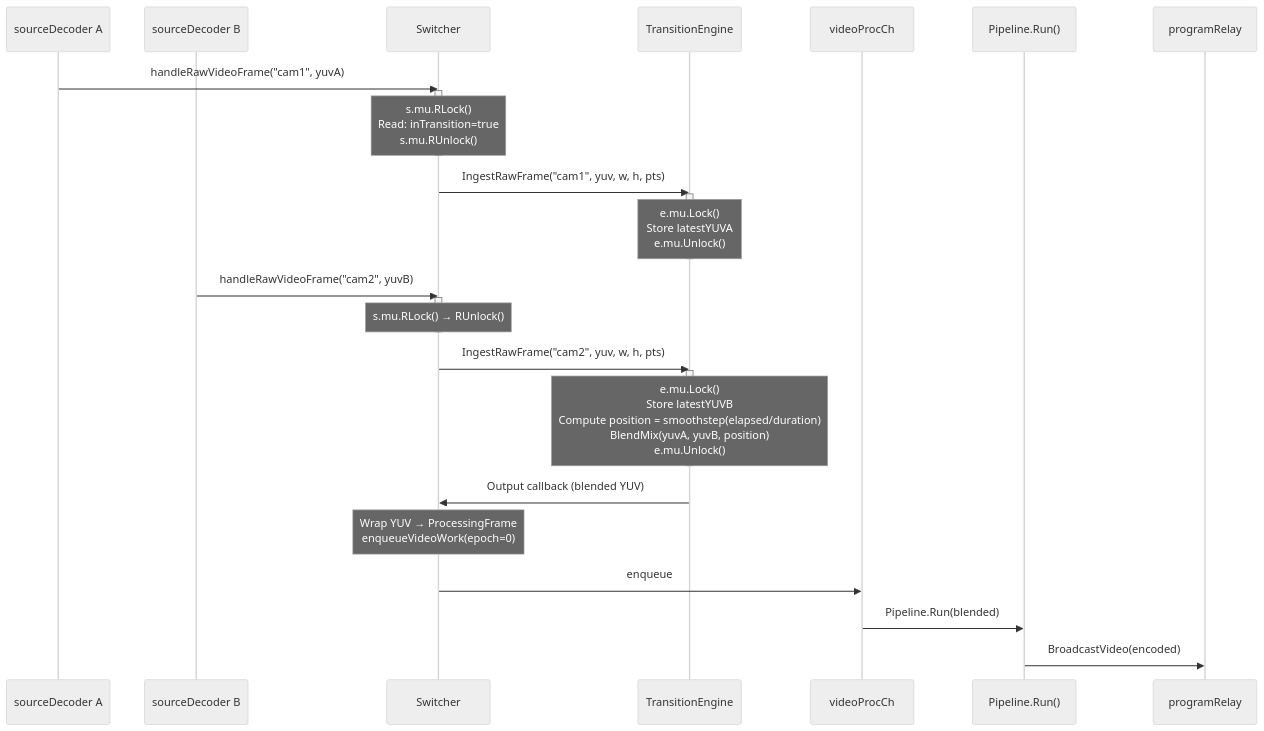
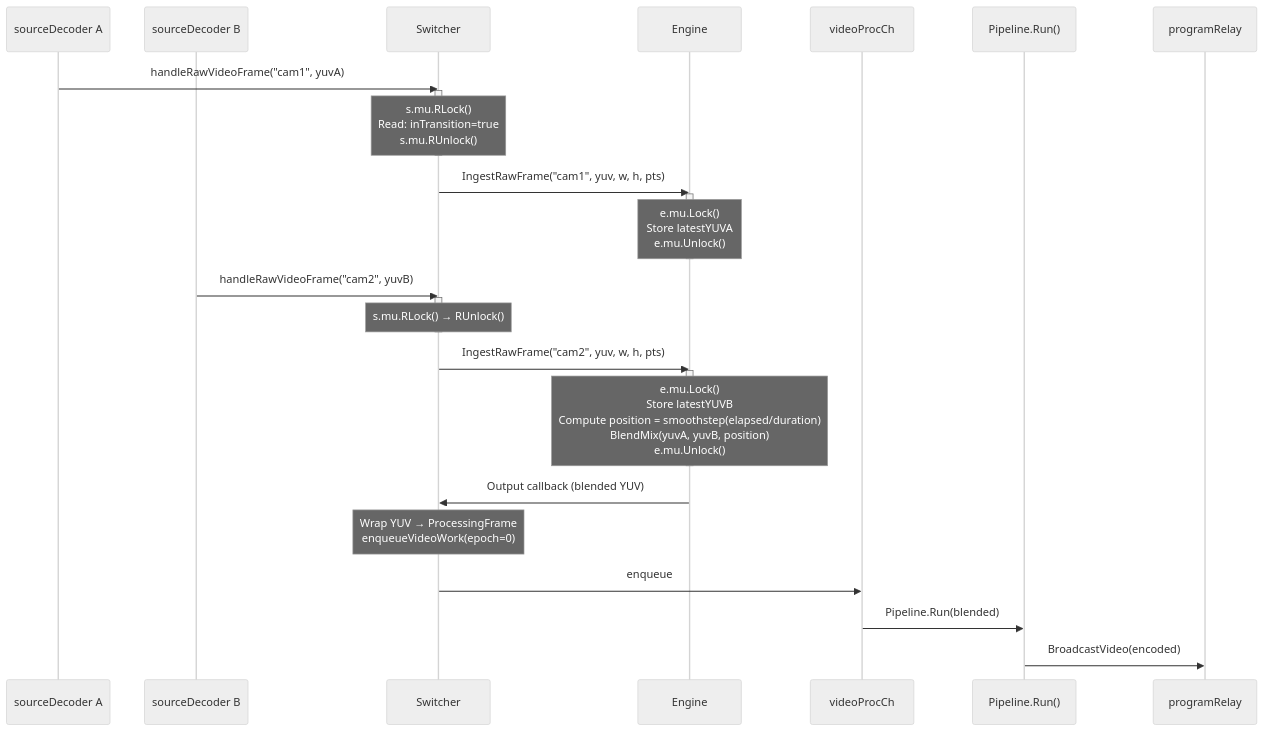
Before and after one commit to zsiec/switchframe: the fourth of 7 diagrams in docs/locking-and-concurrency.md, drawn with Mermaid (neutral theme). The commit also changed other lines of this file and 92 other files, not shown here.

````diff
--- a/docs/locking-and-concurrency.md
+++ b/docs/locking-and-concurrency.md
@@ -231,37 +231,37 @@
 ```mermaid
 sequenceDiagram
     participant SDA as sourceDecoder A
     participant SDB as sourceDecoder B
     participant SW as Switcher
-    participant TE as TransitionEngine
+    participant TE as Engine
     participant CH as videoProcCh
     participant PIPE as Pipeline.Run()
     participant PR as programRelay
 
     SDA->>SW: handleRawVideoFrame("cam1", yuvA)
     activate SW
     Note over SW: s.mu.RLock()<br/>Read: inTransition=true<br/>s.mu.RUnlock()
     deactivate SW
 
     SW->>TE: IngestRawFrame("cam1", yuv, w, h, pts)
     activate TE
     Note over TE: e.mu.Lock()<br/>Store latestYUVA<br/>e.mu.Unlock()
     deactivate TE
 
     SDB->>SW: handleRawVideoFrame("cam2", yuvB)
     activate SW
     Note over SW: s.mu.RLock() → RUnlock()
     deactivate SW
 
     SW->>TE: IngestRawFrame("cam2", yuv, w, h, pts)
     activate TE
     Note over TE: e.mu.Lock()<br/>Store latestYUVB<br/>Compute position = smoothstep(elapsed/duration)<br/>BlendMix(yuvA, yuvB, position)<br/>e.mu.Unlock()
     deactivate TE
 
     TE->>SW: Output callback (blended YUV)
     Note over SW: Wrap YUV → ProcessingFrame<br/>enqueueVideoWork(epoch=0)
 
     SW->>CH: enqueue
     CH->>PIPE: Pipeline.Run(blended)
     PIPE->>PR: BroadcastVideo(encoded)
 ```
````
